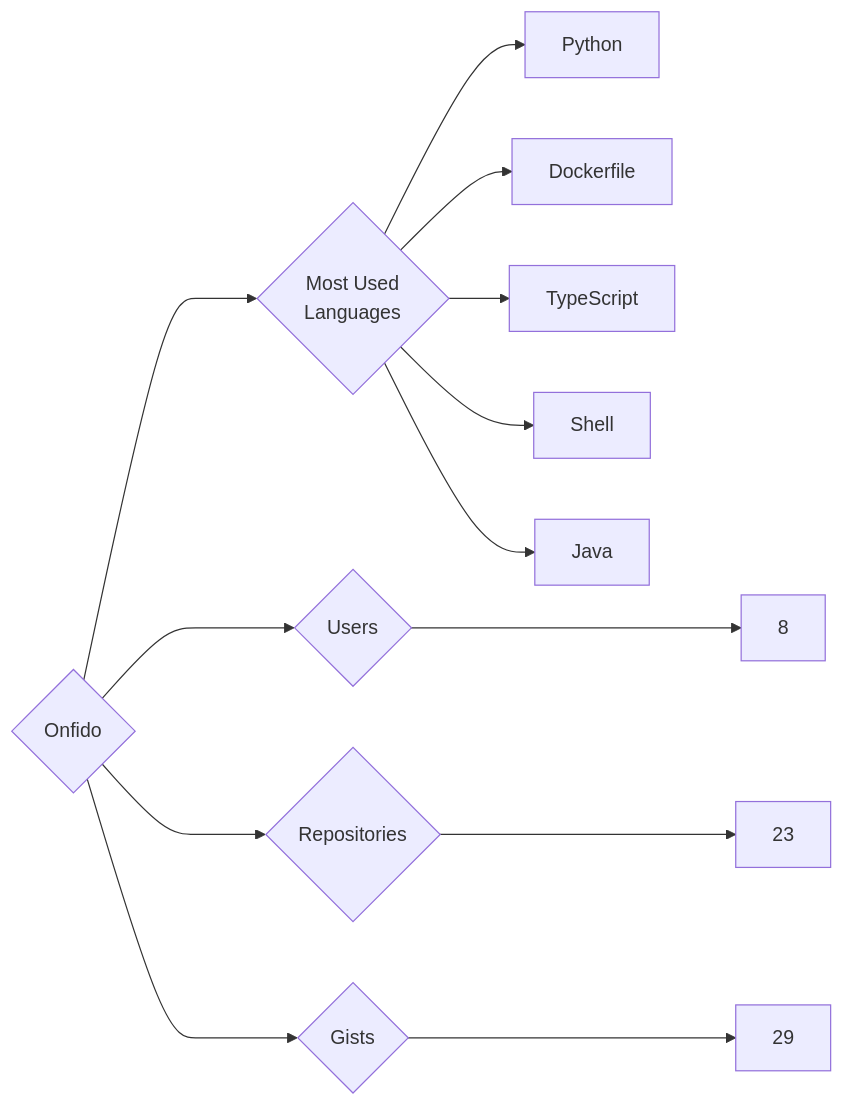
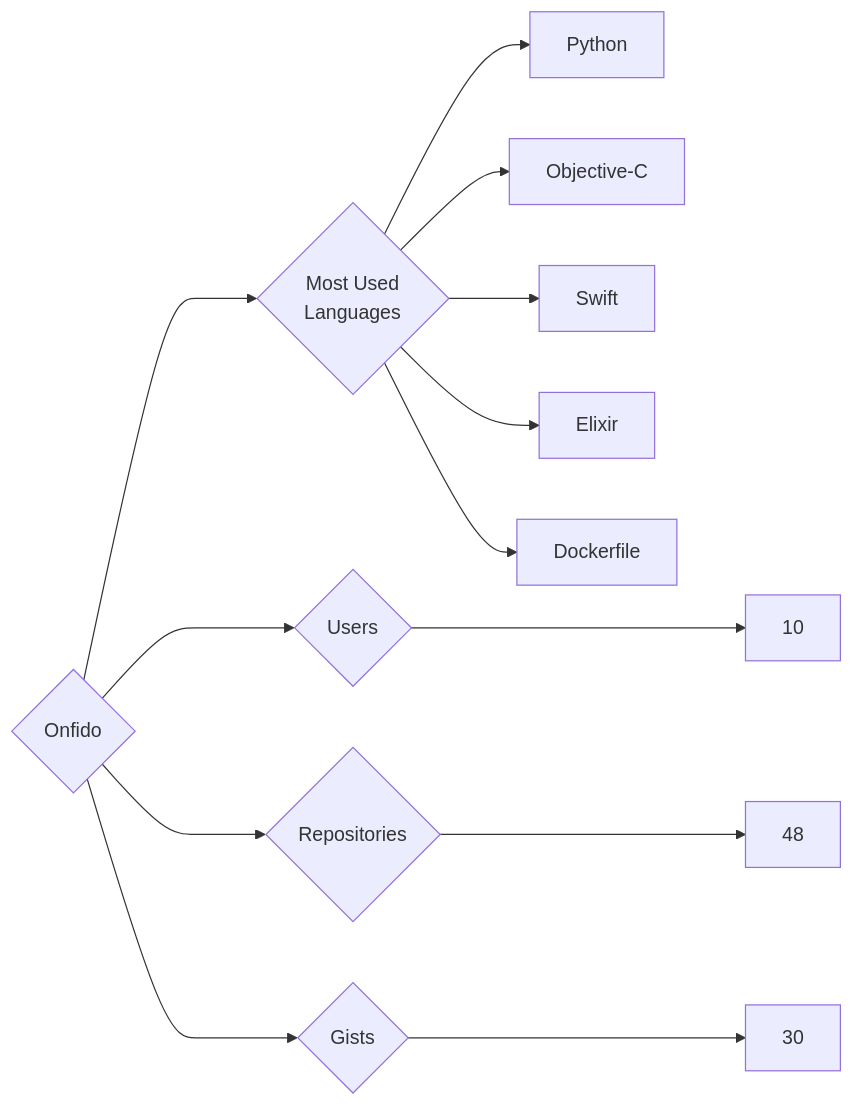
The diagram in targets/Onfido/README.md (trickest/insiders), drawn with Mermaid before and after one commit. The commit also changed 1389 other files, not shown here.

````diff
--- a/targets/Onfido/README.md
+++ b/targets/Onfido/README.md
@@ -3,13 +3,13 @@
 ```mermaid
 graph LR
 COMPANY_NAME{Onfido}
-COMPANY_NAME ---> U{Users} ---> UN[8]
-COMPANY_NAME ---> R{Repositories} ---> RN[23]
-COMPANY_NAME ---> G{Gists} ---> GN[29]
+COMPANY_NAME ---> U{Users} ---> UN[10]
+COMPANY_NAME ---> R{Repositories} ---> RN[48]
+COMPANY_NAME ---> G{Gists} ---> GN[30]
 COMPANY_NAME ---> ML{Most Used<br>Languages}
 ML --> Python[Python]
+ML --> Objective-C[Objective-C]
+ML --> Swift[Swift]
+ML --> Elixir[Elixir]
 ML --> Dockerfile[Dockerfile]
-ML --> TypeScript[TypeScript]
-ML --> Shell[Shell]
-ML --> Java[Java]
 ```
````
